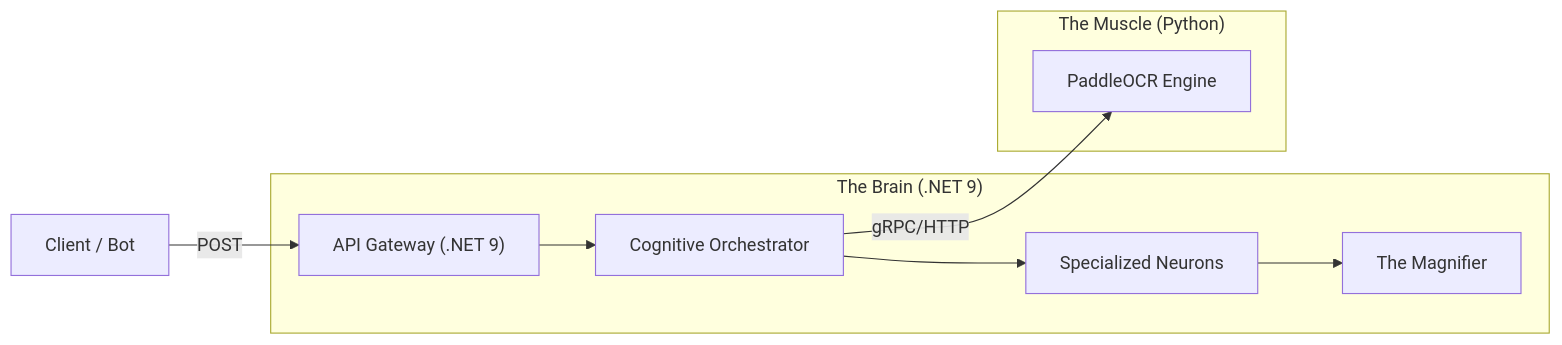
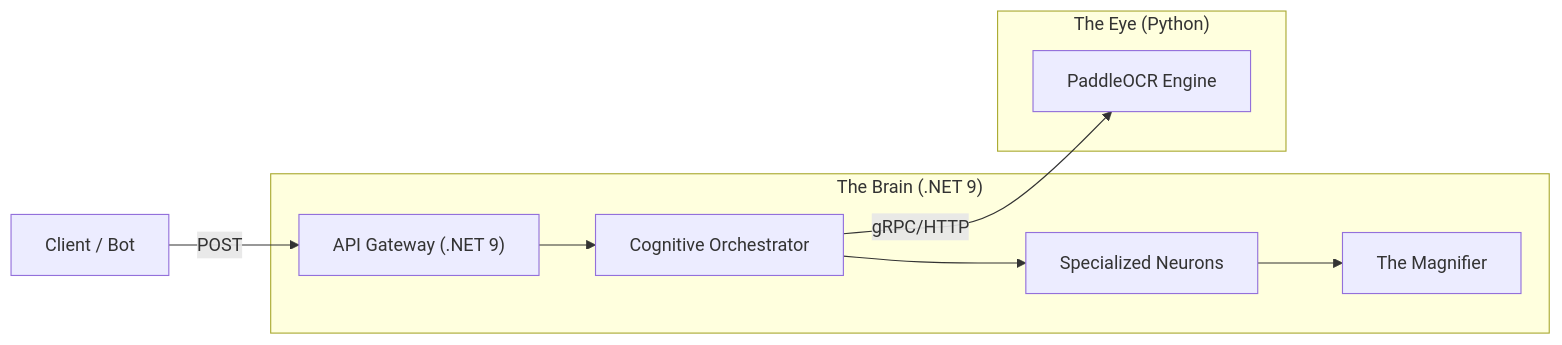
The diagram in README.md (feels-dev/RokVision), drawn with Mermaid before and after one commit. The commit also changed other lines of this file and 23 other files, not shown here.

````diff
--- a/README.md
+++ b/README.md
@@ -66,12 +68,12 @@
 ```mermaid
 graph LR
     User["Client / Bot"] -->|"POST"| API["API Gateway (.NET 9)"]
     subgraph "The Brain (.NET 9)"
         API --> Orchestrator[Cognitive Orchestrator]
         Orchestrator --> Neurons[Specialized Neurons]
         Neurons --> Magnifier[The Magnifier]
     end
-    subgraph "The Muscle (Python)"
+    subgraph "The Eye (Python)"
         Orchestrator -->|"gRPC/HTTP"| OCR[PaddleOCR Engine]
     end
 ```
````
